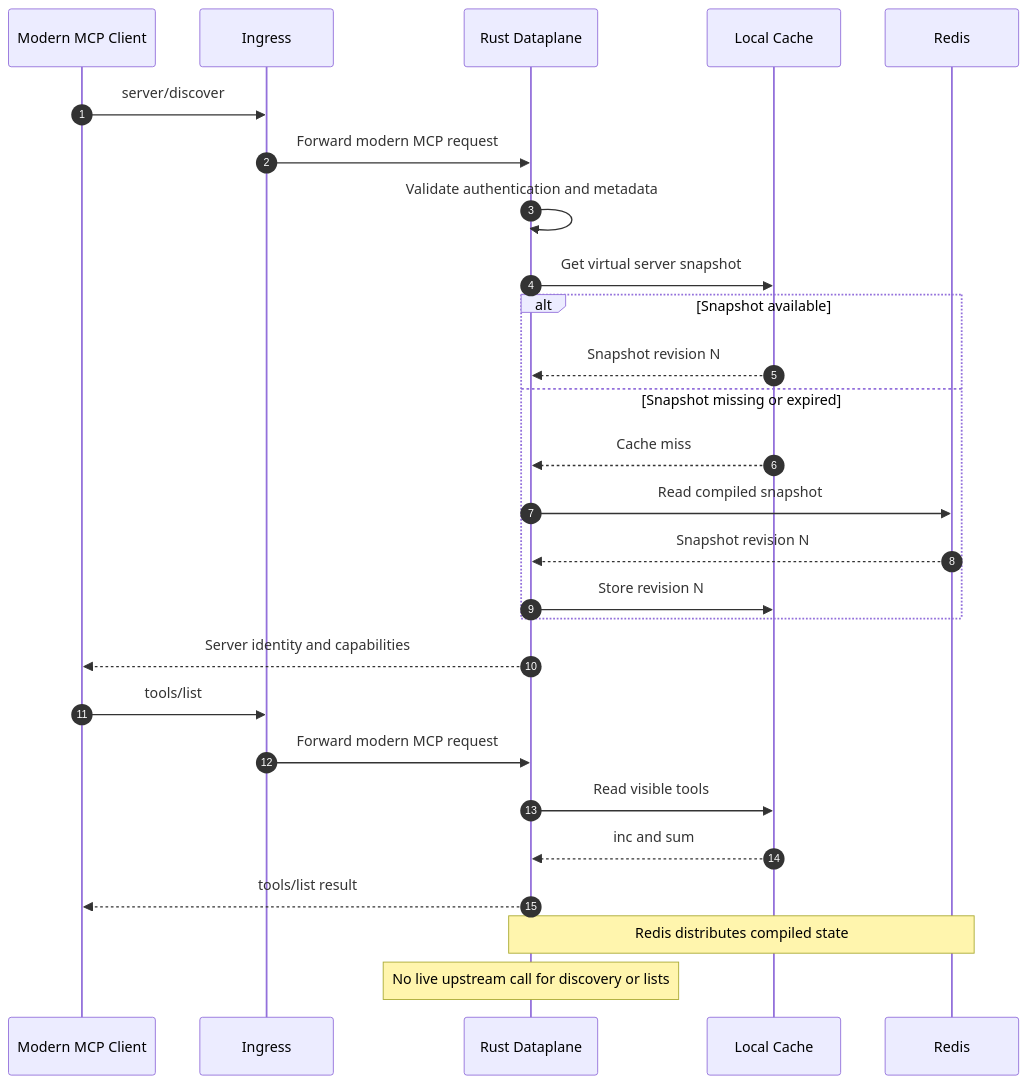
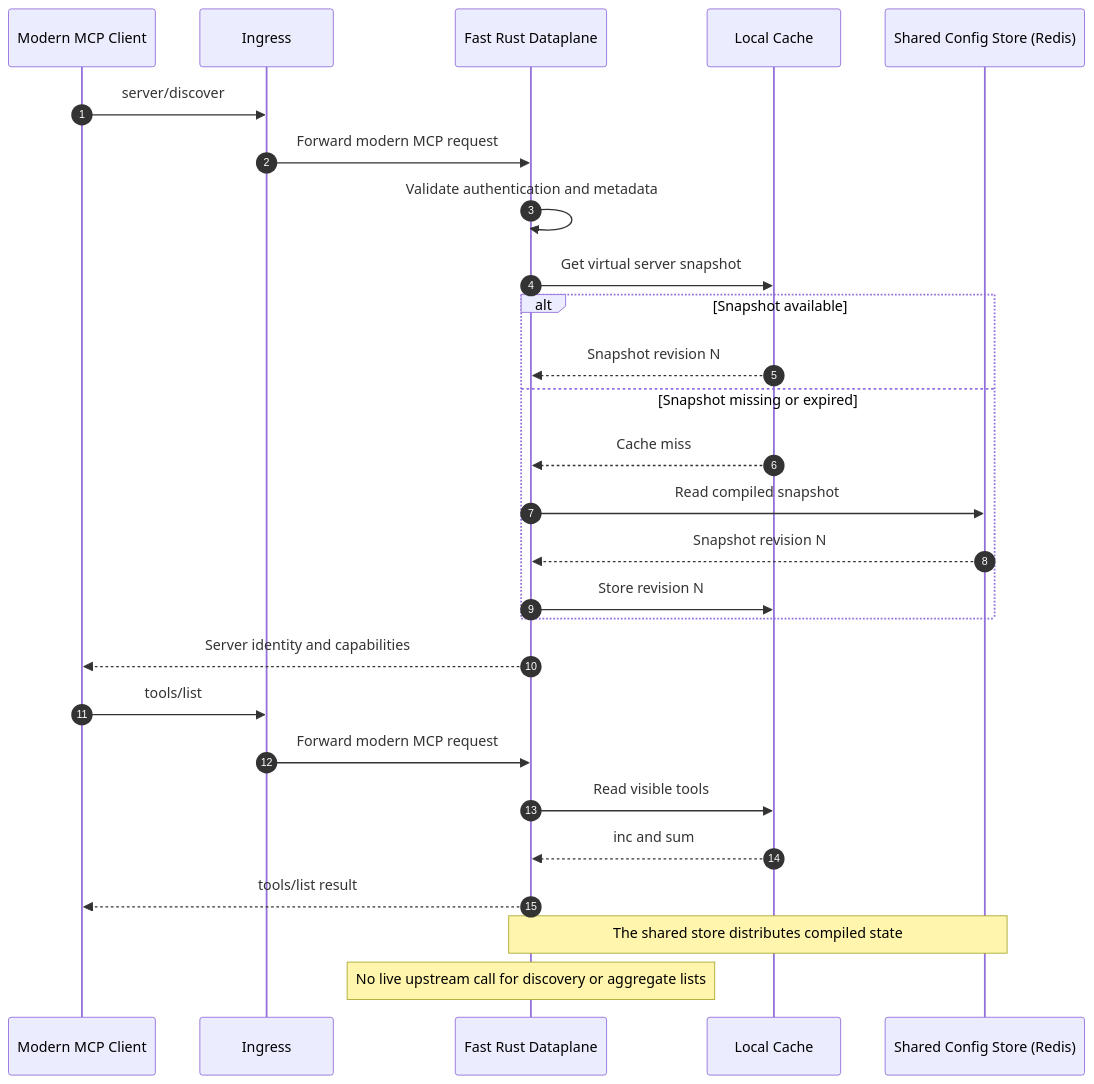
The second of 4 diagrams in _context/wiki/mcp-capability-allocation.md (contextforge-gateway-rs/contextforge-gateway-rs), drawn with Mermaid before and after one commit. The commit also changed other lines of this file, not shown here.

Commit message:
docs: align Phase 3 architecture with design plan

````diff
--- a/_context/wiki/mcp-capability-allocation.md
+++ b/_context/wiki/mcp-capability-allocation.md
@@ -56,33 +77,33 @@
 ```mermaid
 sequenceDiagram
     autonumber
     participant Client as Modern MCP Client
     participant Ingress
-    participant DP as Rust Dataplane
+    participant DP as Fast Rust Dataplane
     participant Cache as Local Cache
-    participant Redis
+    participant Store as Shared Config Store (Redis)
 
     Client->>Ingress: server/discover
     Ingress->>DP: Forward modern MCP request
     DP->>DP: Validate authentication and metadata
     DP->>Cache: Get virtual server snapshot
 
     alt Snapshot available
         Cache-->>DP: Snapshot revision N
     else Snapshot missing or expired
         Cache-->>DP: Cache miss
-        DP->>Redis: Read compiled snapshot
-        Redis-->>DP: Snapshot revision N
+        DP->>Store: Read compiled snapshot
+        Store-->>DP: Snapshot revision N
         DP->>Cache: Store revision N
     end
 
     DP-->>Client: Server identity and capabilities
     Client->>Ingress: tools/list
     Ingress->>DP: Forward modern MCP request
     DP->>Cache: Read visible tools
     Cache-->>DP: inc and sum
     DP-->>Client: tools/list result
 
-    Note over DP,Redis: Redis distributes compiled state
-    Note over DP: No live upstream call for discovery or lists
+    Note over DP,Store: The shared store distributes compiled state
+    Note over DP: No live upstream call for discovery or aggregate lists
 ```
````
